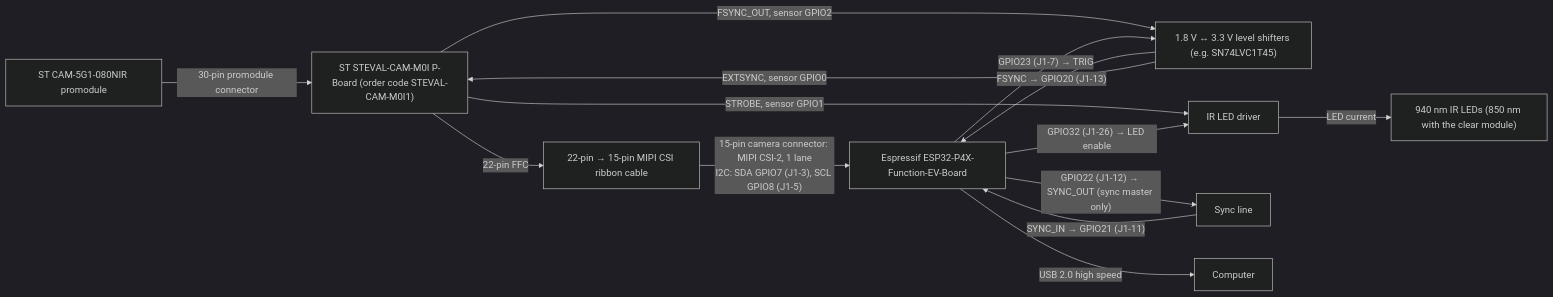
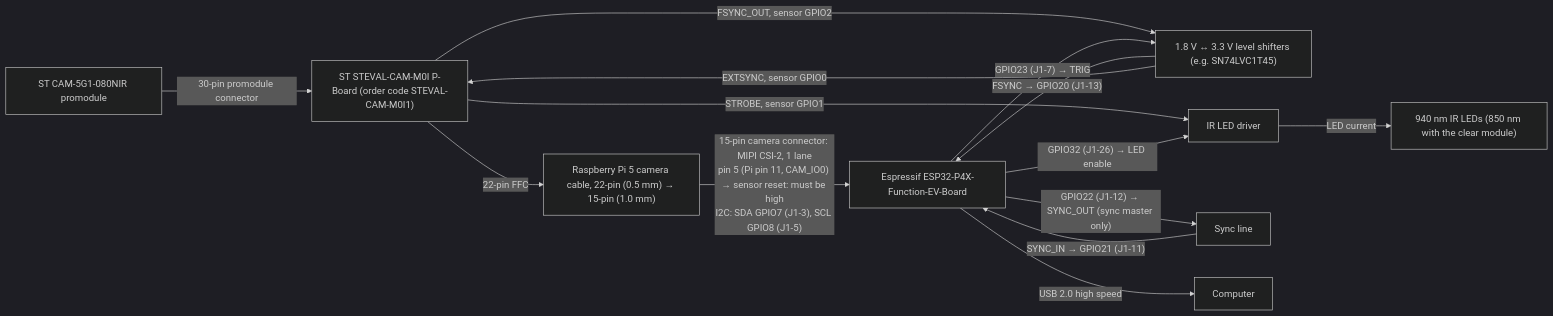
One commit to olinesn/nir-eye-cam changed the diagram in README.md. Above: the diagram before and after it, drawn with Mermaid (dark theme). The commit also changed other lines of this file and 5 other files, not shown here.

First line of the commit message:
ESP32-P4 docs: the P-Board's cable and reset

````diff
--- a/README.md
+++ b/README.md
@@ -78,25 +78,25 @@
 ```mermaid
 flowchart LR
     module["ST CAM-5G1-080NIR promodule"]
     pboard["ST STEVAL-CAM-M0I P-Board (order code STEVAL-CAM-M0I1)"]
-    cable["22-pin → 15-pin MIPI CSI ribbon cable"]
+    cable["Raspberry Pi 5 camera cable, 22-pin (0.5 mm) → 15-pin (1.0 mm)"]
     board["Espressif ESP32-P4X-Function-EV-Board"]
     shift["1.8 V ↔ 3.3 V level shifters (e.g. SN74LVC1T45)"]
     driver["IR LED driver"]
     leds["940 nm IR LEDs (850 nm with the clear module)"]
     sync["Sync line"]
     pc["Computer"]
     module -- "30-pin promodule connector" --> pboard
     pboard -- "22-pin FFC" --> cable
-    cable -- "15-pin camera connector: MIPI CSI-2, 1 lane<br/>I2C: SDA GPIO7 (J1-3), SCL GPIO8 (J1-5)" --> board
+    cable -- "15-pin camera connector: MIPI CSI-2, 1 lane<br/>pin 5 (Pi pin 11, CAM_IO0) → sensor reset: must be high<br/>I2C: SDA GPIO7 (J1-3), SCL GPIO8 (J1-5)" --> board
     pboard -- "FSYNC_OUT, sensor GPIO2" --> shift
     shift -- "FSYNC → GPIO20 (J1-13)" --> board
     board -- "GPIO23 (J1-7) → TRIG" --> shift
     shift -- "EXTSYNC, sensor GPIO0" --> pboard
     pboard -- "STROBE, sensor GPIO1" --> driver
     board -- "GPIO32 (J1-26) → LED enable" --> driver
     driver -- "LED current" --> leds
     sync -- "SYNC_IN → GPIO21 (J1-11)" --> board
     board -- "GPIO22 (J1-12) → SYNC_OUT (sync master only)" --> sync
     board -- "USB 2.0 high speed" --> pc
 ```
````
